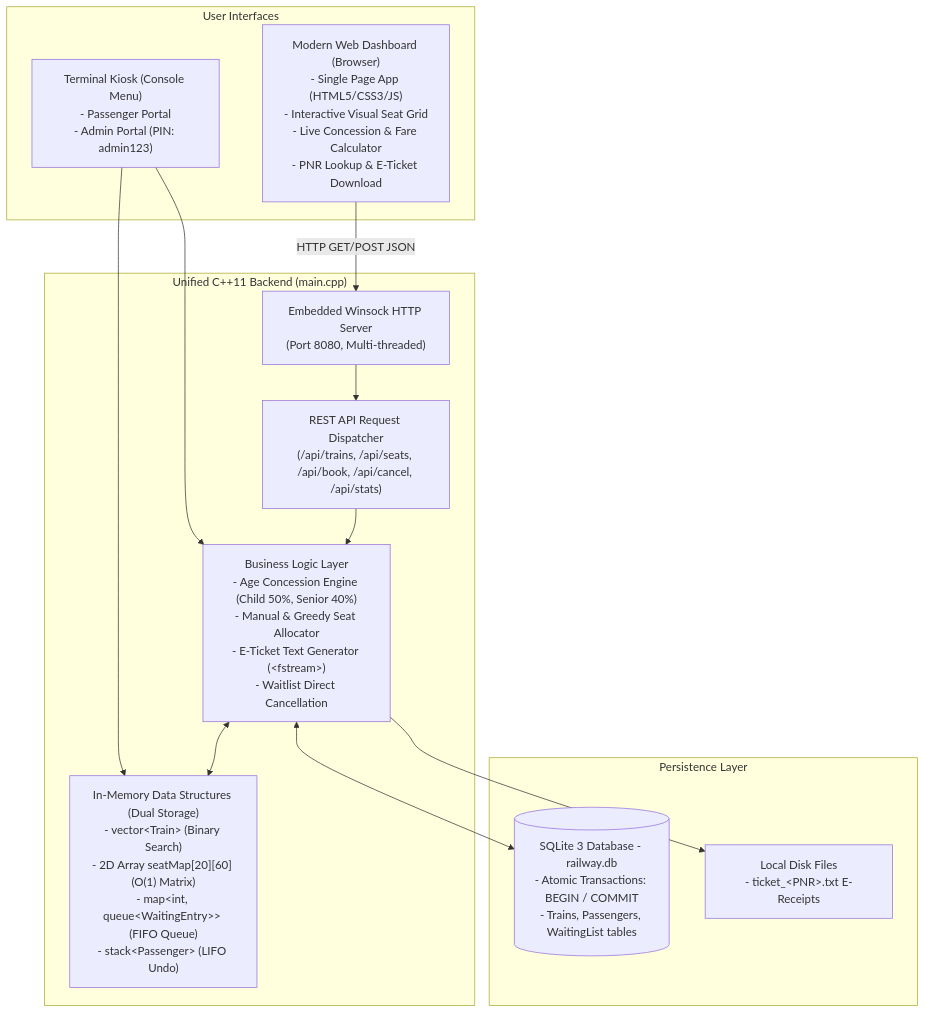
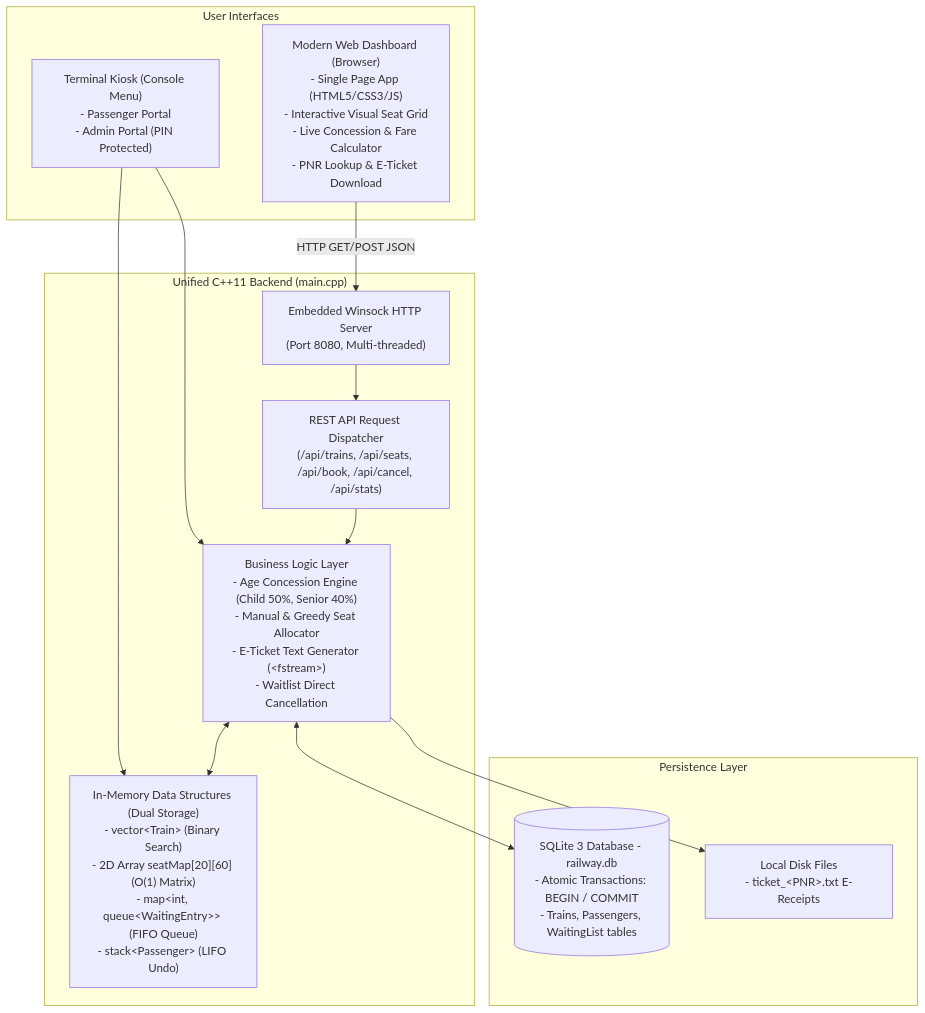
Before and after one commit to bharathwajverse/railway-ticket-reservation-cpp: the diagram in README.md, drawn with Mermaid. The commit also changed other lines of this file and 2 other files, not shown here.

````diff
--- a/README.md
+++ b/README.md
@@ -42,28 +42,28 @@
 ```mermaid
 flowchart TD
     subgraph ClientLayer["User Interfaces"]
-        CLI["Terminal Kiosk (Console Menu)<br/>- Passenger Portal<br/>- Admin Portal (PIN: admin123)"]
+        CLI["Terminal Kiosk (Console Menu)<br/>- Passenger Portal<br/>- Admin Portal (PIN Protected)"]
         Browser["Modern Web Dashboard (Browser)<br/>- Single Page App (HTML5/CSS3/JS)<br/>- Interactive Visual Seat Grid<br/>- Live Concession & Fare Calculator<br/>- PNR Lookup & E-Ticket Download"]
     end
 
     subgraph ServerLayer["Unified C++11 Backend (main.cpp)"]
         HTTP["Embedded Winsock HTTP Server<br/>(Port 8080, Multi-threaded)"]
         Router["REST API Request Dispatcher<br/>(/api/trains, /api/seats, /api/book, /api/cancel, /api/stats)"]
         CoreDSA["In-Memory Data Structures (Dual Storage)<br/>- vector&lt;Train&gt; (Binary Search)<br/>- 2D Array seatMap[20][60] (O(1) Matrix)<br/>- map&lt;int, queue&lt;WaitingEntry&gt;&gt; (FIFO Queue)<br/>- stack&lt;Passenger&gt; (LIFO Undo)"]
         Logic["Business Logic Layer<br/>- Age Concession Engine (Child 50%, Senior 40%)<br/>- Manual & Greedy Seat Allocator<br/>- E-Ticket Text Generator (&lt;fstream&gt;)<br/>- Waitlist Direct Cancellation"]
     end
 
     subgraph StorageLayer["Persistence Layer"]
         DB[(SQLite 3 Database - railway.db<br/>- Atomic Transactions: BEGIN / COMMIT<br/>- Trains, Passengers, WaitingList tables)]
         Receipts["Local Disk Files<br/>- ticket_&lt;PNR&gt;.txt E-Receipts"]
     end
 
     CLI --> CoreDSA
     CLI --> Logic
     Browser -->|HTTP GET/POST JSON| HTTP
     HTTP --> Router
     Router --> Logic
     Logic <--> CoreDSA
     Logic <--> DB
     Logic --> Receipts
 ```
````
